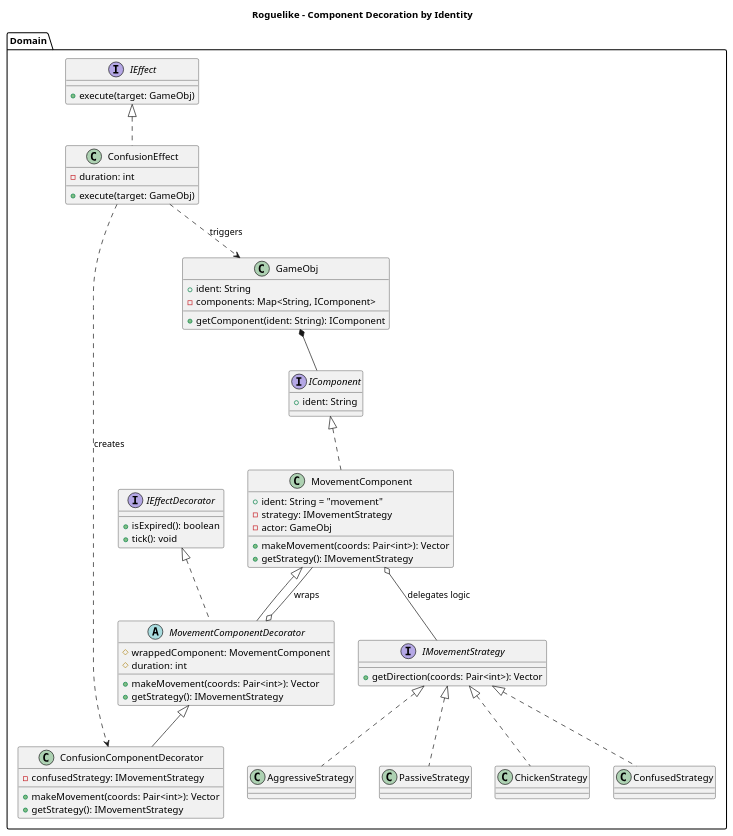
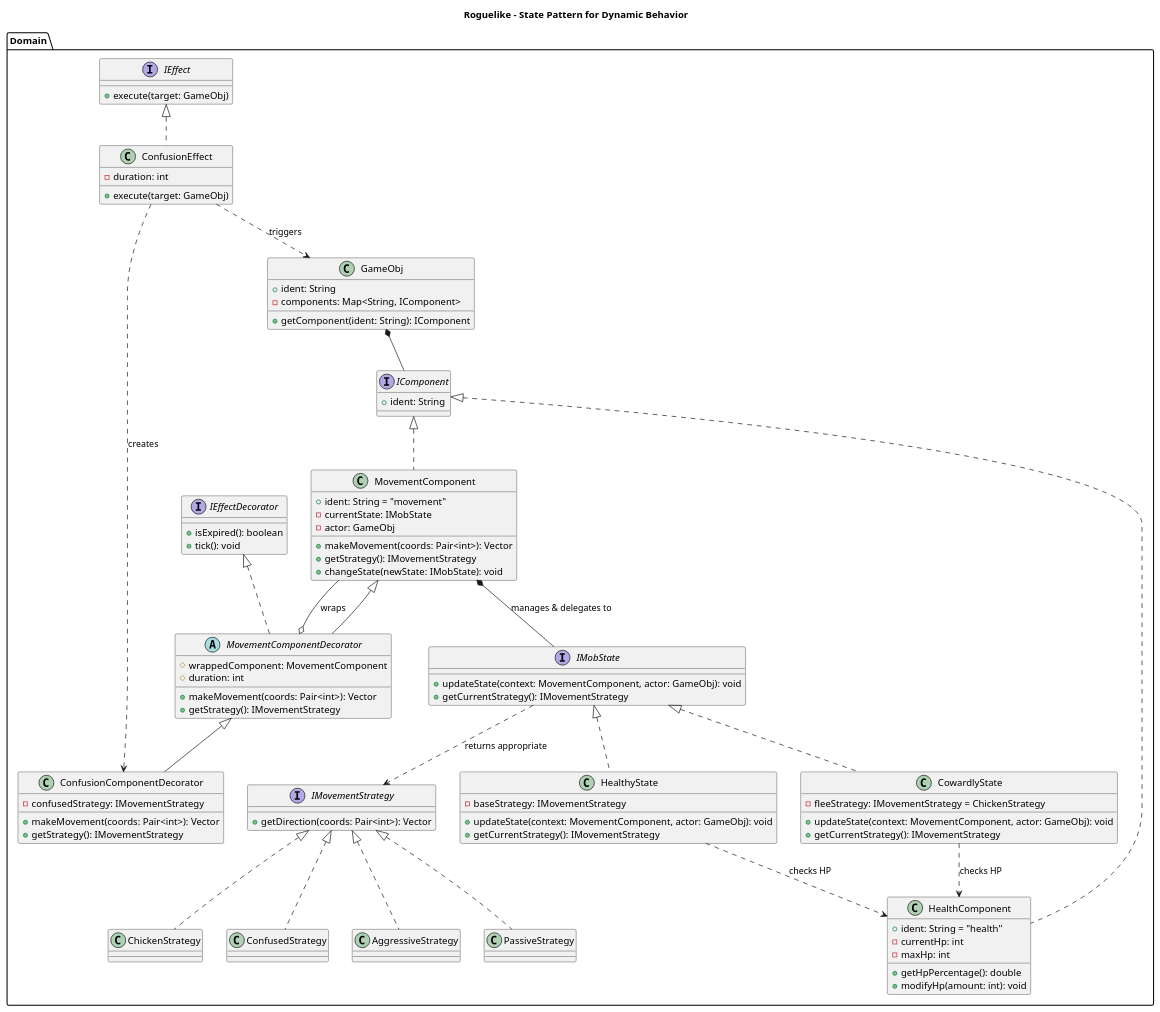
Before and after one commit to VyacheslavIurevich/diagrams: the diagram in src/structural_patterns.puml, drawn with PlantUML. The commit also changed 4 other files, not shown here.

```diff
--- a/src/structural_patterns.puml
+++ b/src/structural_patterns.puml
@@ -1,67 +1,94 @@
 @startuml
-title Roguelike - Component Decoration by Identity
+title Roguelike - State Pattern for Dynamic Behavior
 
 namespace Domain {
 
     interface IComponent {
         + ident: String
     }
 
+    class HealthComponent implements IComponent {
+        + ident: String = "health"
+        - currentHp: int
+        - maxHp: int
+        + getHpPercentage(): double
+        + modifyHp(amount: int): void
+    }
+
     interface IMovementStrategy {
         + getDirection(coords: Pair<int>): Vector
     }
-
     class AggressiveStrategy implements IMovementStrategy
     class PassiveStrategy implements IMovementStrategy
     class ChickenStrategy implements IMovementStrategy
     class ConfusedStrategy implements IMovementStrategy
 
+    interface IMobState {
+        + updateState(context: MovementComponent, actor: GameObj): void
+        + getCurrentStrategy(): IMovementStrategy
+    }
+
+    class HealthyState implements IMobState {
+        - baseStrategy: IMovementStrategy
+        + updateState(context: MovementComponent, actor: GameObj): void
+        + getCurrentStrategy(): IMovementStrategy
+    }
+
+    class CowardlyState implements IMobState {
+        - fleeStrategy: IMovementStrategy = ChickenStrategy
+        + updateState(context: MovementComponent, actor: GameObj): void
+        + getCurrentStrategy(): IMovementStrategy
+    }
+
     class MovementComponent implements IComponent {
         + ident: String = "movement"
-        - strategy: IMovementStrategy
+        - currentState: IMobState
         - actor: GameObj
         + makeMovement(coords: Pair<int>): Vector
         + getStrategy(): IMovementStrategy
+        + changeState(newState: IMobState): void
     }
 
     interface IEffectDecorator {
         + isExpired(): boolean
         + tick(): void
     }
 
     abstract class MovementComponentDecorator extends MovementComponent implements IEffectDecorator {
         # wrappedComponent: MovementComponent
         # duration: int
         + makeMovement(coords: Pair<int>): Vector
         + getStrategy(): IMovementStrategy
     }
 
     class ConfusionComponentDecorator extends MovementComponentDecorator {
         - confusedStrategy: IMovementStrategy
         + makeMovement(coords: Pair<int>): Vector
         + getStrategy(): IMovementStrategy
     }
 
     interface IEffect {
         + execute(target: GameObj)
     }
 
     class ConfusionEffect implements IEffect {
         - duration: int
         + execute(target: GameObj)
     }
 
     class GameObj {
         + ident: String
         - components: Map<String, IComponent>
         + getComponent(ident: String): IComponent
     }
 
     GameObj *-- IComponent
-    MovementComponent o-- IMovementStrategy : "delegates logic"
+    MovementComponent *-- IMobState : "manages & delegates to"
+    IMobState ..> IMovementStrategy : "returns appropriate"
+    HealthyState ..> HealthComponent : "checks HP"
+    CowardlyState ..> HealthComponent : "checks HP"
     MovementComponentDecorator o-- MovementComponent : "wraps"
     ConfusionEffect ..> GameObj : "triggers"
     ConfusionEffect ..> ConfusionComponentDecorator : "creates"
 }
-
 @enduml
```
